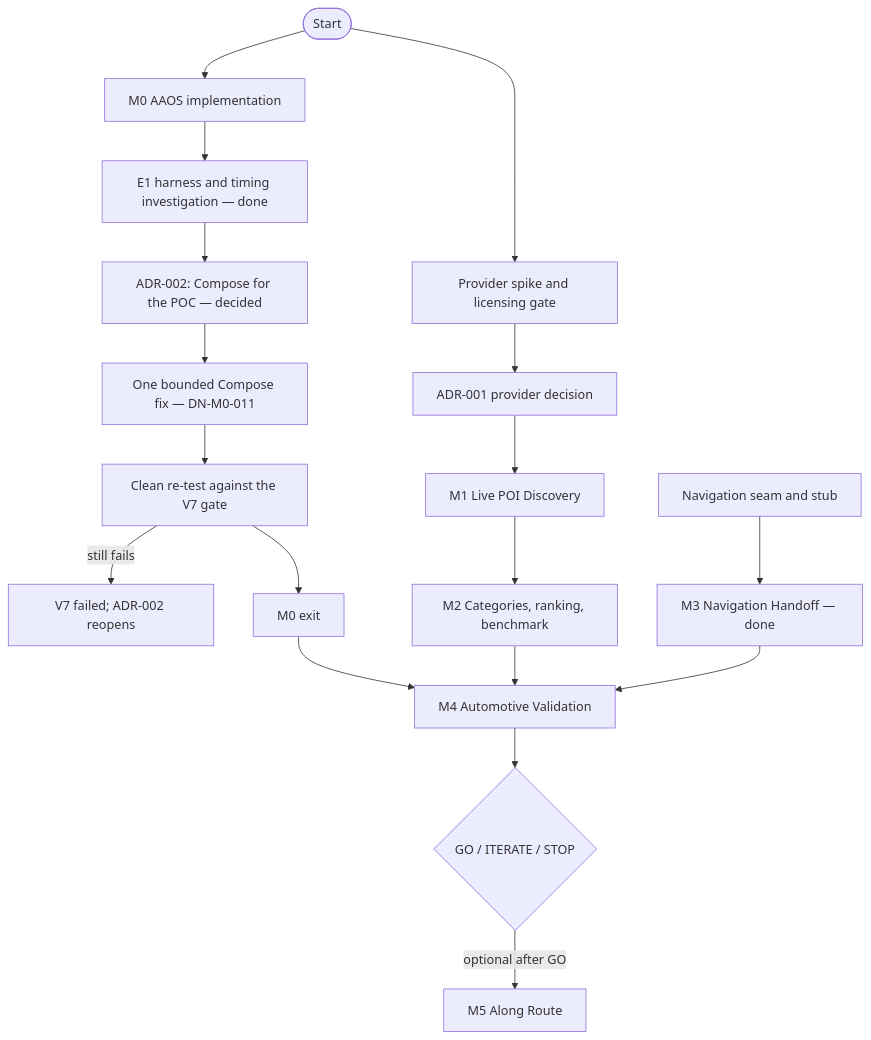
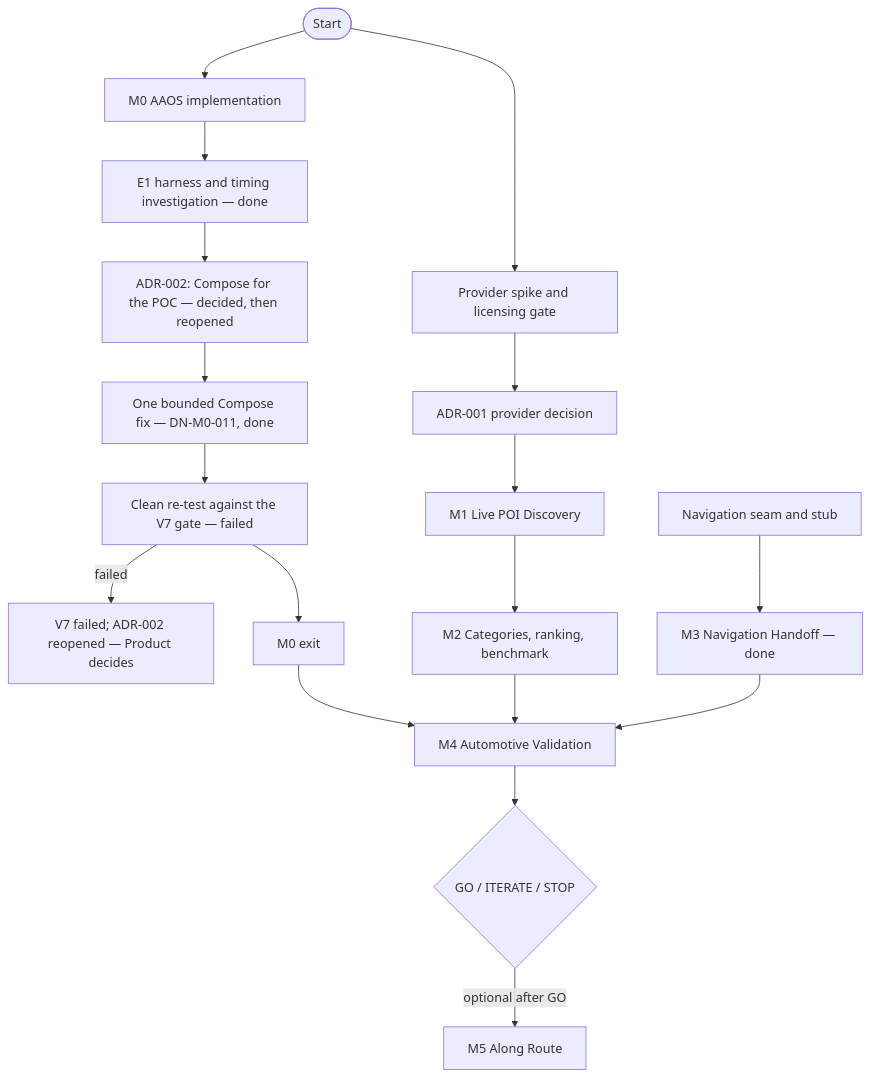
Before and after one commit to Kanyandula/DiscoverNearby: the diagram in docs/05-discover-nearby-delivery-plan.md, drawn with Mermaid. The commit also changed other lines of this file and 7 other files, not shown here.

````diff
--- a/docs/05-discover-nearby-delivery-plan.md
+++ b/docs/05-discover-nearby-delivery-plan.md
@@ -330,20 +330,20 @@
 ```mermaid
 flowchart TD
     start([Start]) --> m0[M0 AAOS implementation]
     start --> spike[Provider spike and licensing gate]
     m0 --> e1[E1 harness and timing investigation — done]
-    e1 --> adr2[ADR-002: Compose for the POC — decided]
-    adr2 --> uiwork[One bounded Compose fix — DN-M0-011]
-    uiwork --> v7[Clean re-test against the V7 gate]
-    v7 -->|still fails| reopen[V7 failed; ADR-002 reopens]
+    e1 --> adr2[ADR-002: Compose for the POC — decided, then reopened]
+    adr2 --> uiwork[One bounded Compose fix — DN-M0-011, done]
+    uiwork --> v7[Clean re-test against the V7 gate — failed]
+    v7 -->|failed| reopen[V7 failed; ADR-002 reopened — Product decides]
     v7 --> m0exit[M0 exit]
     spike --> adr1[ADR-001 provider decision]
     adr1 --> m1[M1 Live POI Discovery]
     m1 --> m2[M2 Categories, ranking, benchmark]
     seam[Navigation seam and stub] --> m3[M3 Navigation Handoff — done]
     m2 --> m4[M4 Automotive Validation]
     m3 --> m4
     m0exit --> m4
     m4 --> go{GO / ITERATE / STOP}
     go -->|optional after GO| m5[M5 Along Route]
 ```
````
